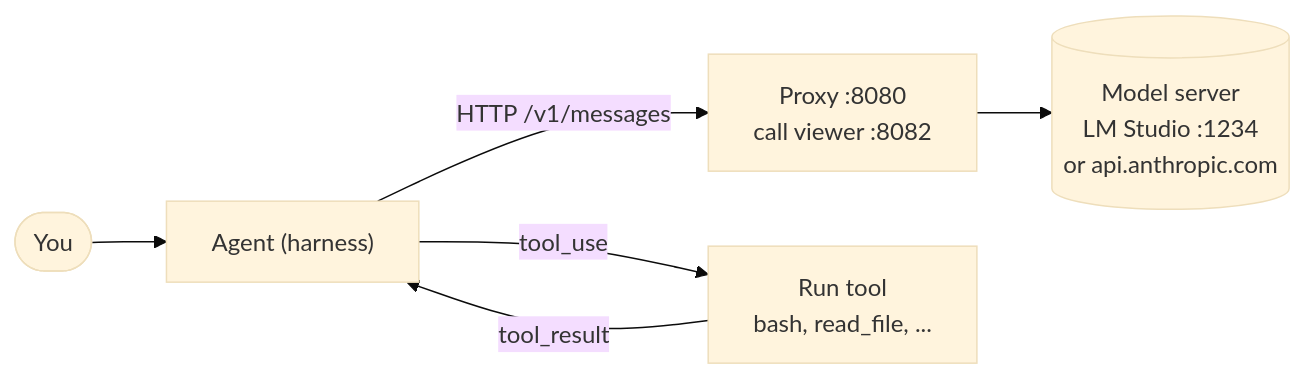
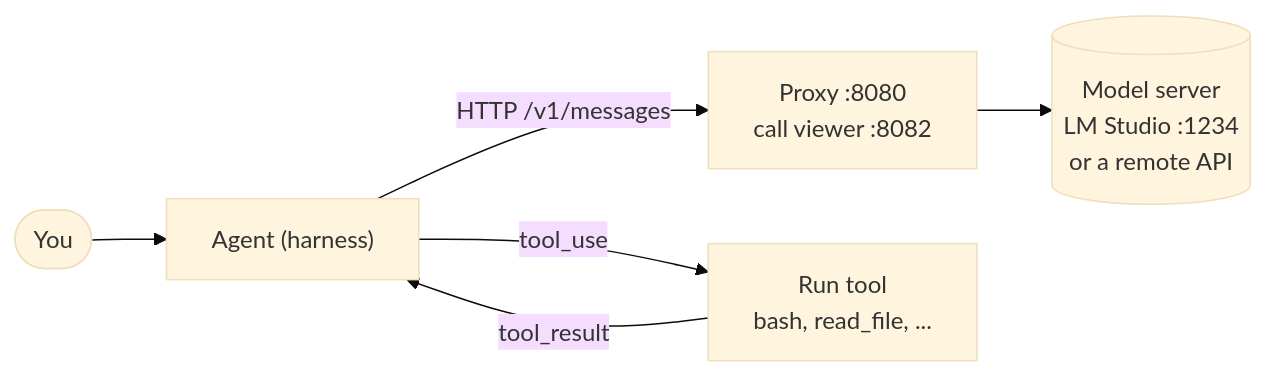
The first of 2 diagrams in README.md (JonnyDaenen/ai-meetup-harness-workshop), drawn with Mermaid (base theme) before and after one commit. The commit also changed other lines of this file and 7 other files, not shown here.

````diff
--- a/README.md
+++ b/README.md
@@ -14,8 +14,8 @@
 ```mermaid
 flowchart LR
     you(["You"]) --> agent["Agent (harness)"]
     agent -- "HTTP /v1/messages" --> proxy["Proxy :8080<br/>call viewer :8082"]
-    proxy --> model[("Model server<br/>LM Studio :1234<br/>or api.anthropic.com")]
+    proxy --> model[("Model server<br/>LM Studio :1234<br/>or a remote API")]
     agent -- "tool_use" --> tools["Run tool<br/>bash, read_file, ..."]
     tools -- "tool_result" --> agent
 ```
````
